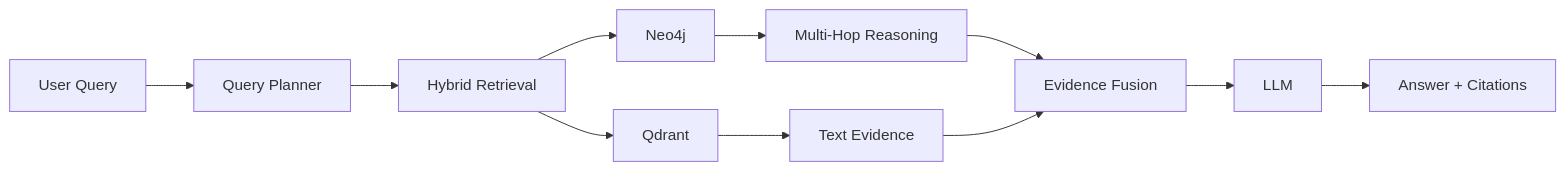
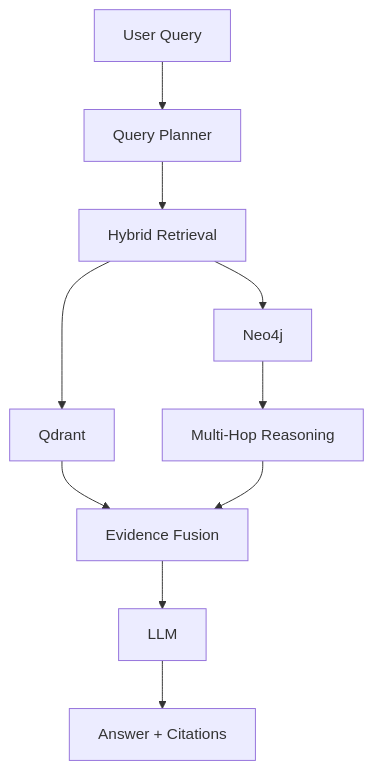
One commit to Abhra0404/GraphRAG--Multi-Hop-Knowledge-Reasoning-Engine changed the diagram in README.md. Above: the diagram before and after it, drawn with Mermaid.

Commit message:
Updated Mermaid diagram

````diff
--- a/README.md
+++ b/README.md
@@ -9,17 +9,22 @@
 ```mermaid
-flowchart LR
-    A[User Query] --> B[Query Planner]
-    B --> C[Hybrid Retrieval]
+flowchart TD
+    A[User Query]
+    B[Query Planner]
+    C[Hybrid Retrieval]
+    D[Qdrant]
+    E[Neo4j]
+    F[Multi-Hop Reasoning]
+    G[Evidence Fusion]
+    H[LLM]
+    I[Answer + Citations]
 
-    C --> D[Qdrant]
-    C --> E[Neo4j]
-
-    E --> F[Multi-Hop Reasoning]
-    D --> G[Text Evidence]
-
-    F --> H[Evidence Fusion]
+    A --> B
+    B --> C
+    C --> D
+    C --> E
+    E --> F
+    D --> G
+    F --> G
     G --> H
-
-    H --> I[LLM]
-    I --> J[Answer + Citations]
+    H --> I
 ```
````
